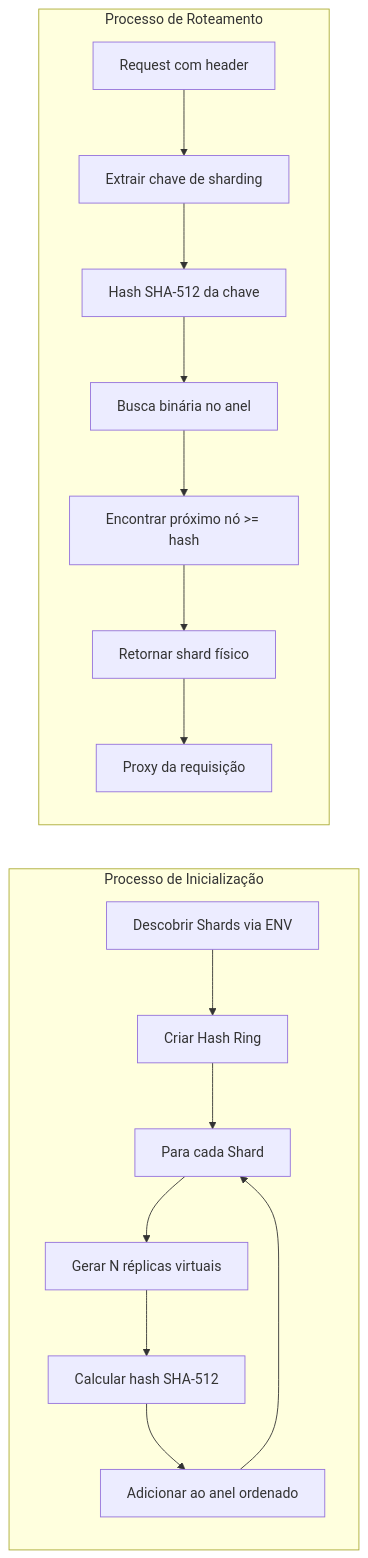
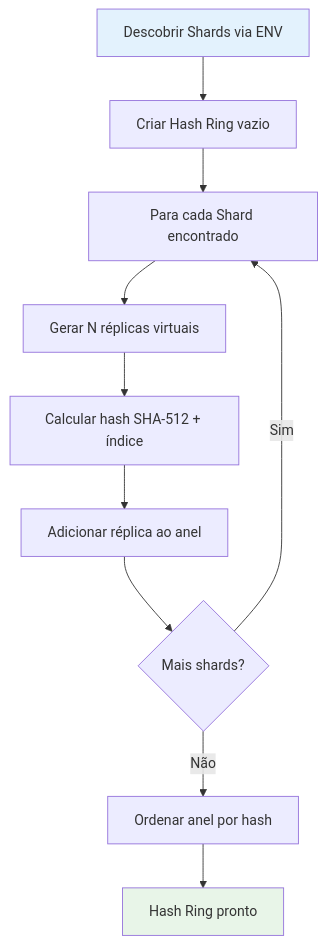
One commit to msfidelis/msc-shard-router changed the fifth of 6 diagrams in README.md. Above: the diagram before and after it, drawn with Mermaid. The commit also changed other lines of this file, not shown here.

Commit message:
Shard Key

````diff
--- a/README.md
+++ b/README.md
@@ -196,20 +189,15 @@
 ```mermaid
-flowchart LR
-    subgraph "Processo de Inicialização"
-        A1[Descobrir Shards via ENV] --> A2[Criar Hash Ring]
-        A2 --> A3[Para cada Shard]
-        A3 --> A4[Gerar N réplicas virtuais]
-        A4 --> A5[Calcular hash SHA-512]
-        A5 --> A6[Adicionar ao anel ordenado]
-        A6 --> A3
-    end
+flowchart TD
+    A[Descobrir Shards via ENV] --> B[Criar Hash Ring vazio]
+    B --> C[Para cada Shard encontrado]
+    C --> D[Gerar N réplicas virtuais]
+    D --> E[Calcular hash SHA-512 + índice]
+    E --> F[Adicionar réplica ao anel]
+    F --> G{Mais shards?}
+    G -->|Sim| C
+    G -->|Não| H[Ordenar anel por hash]
+    H --> I[Hash Ring pronto]
     
-    subgraph "Processo de Roteamento"
-        B1[Request com header] --> B2[Extrair chave de sharding]
-        B2 --> B3[Hash SHA-512 da chave]
-        B3 --> B4[Busca binária no anel]
-        B4 --> B5[Encontrar próximo nó >= hash]
-        B5 --> B6[Retornar shard físico]
-        B6 --> B7[Proxy da requisição]
-    end
+    style A fill:#e3f2fd
+    style I fill:#e8f5e8
 ```
````
